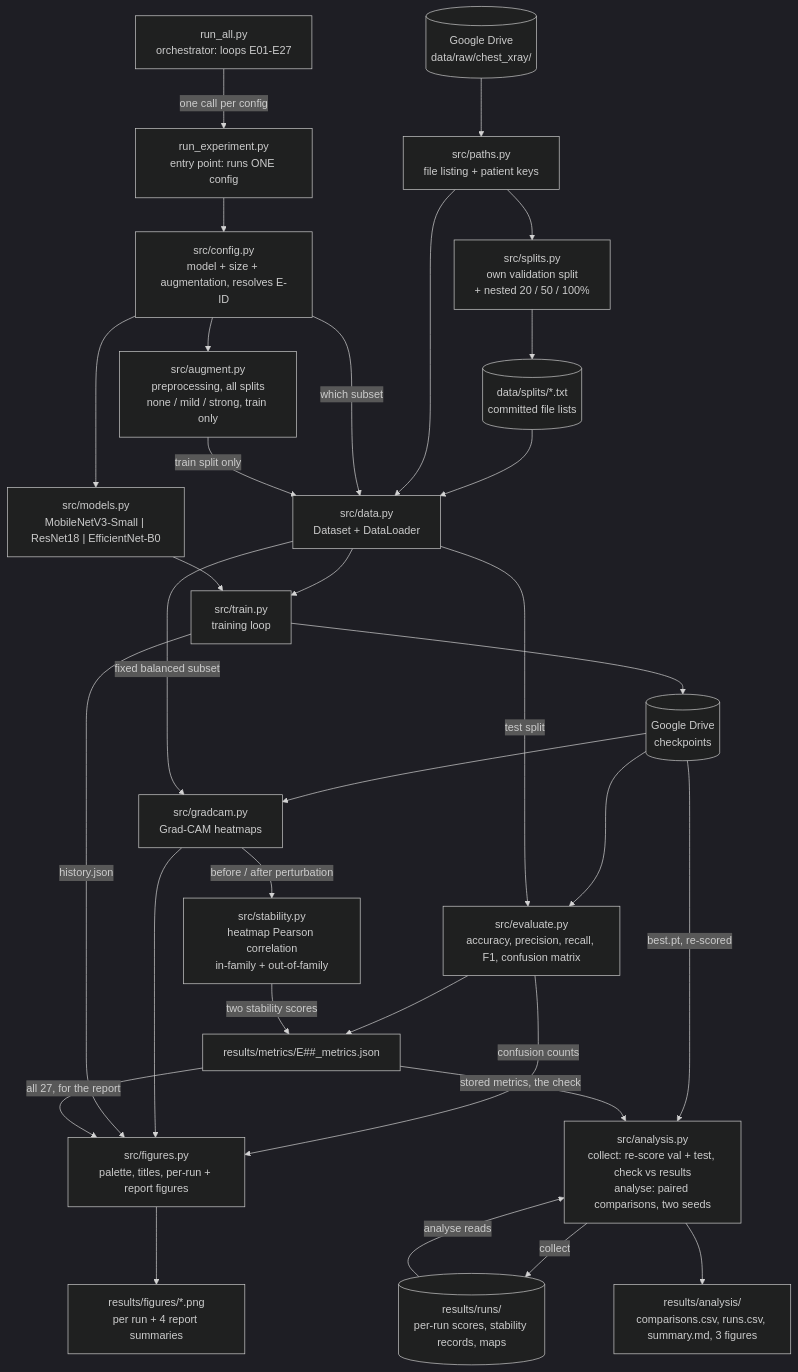
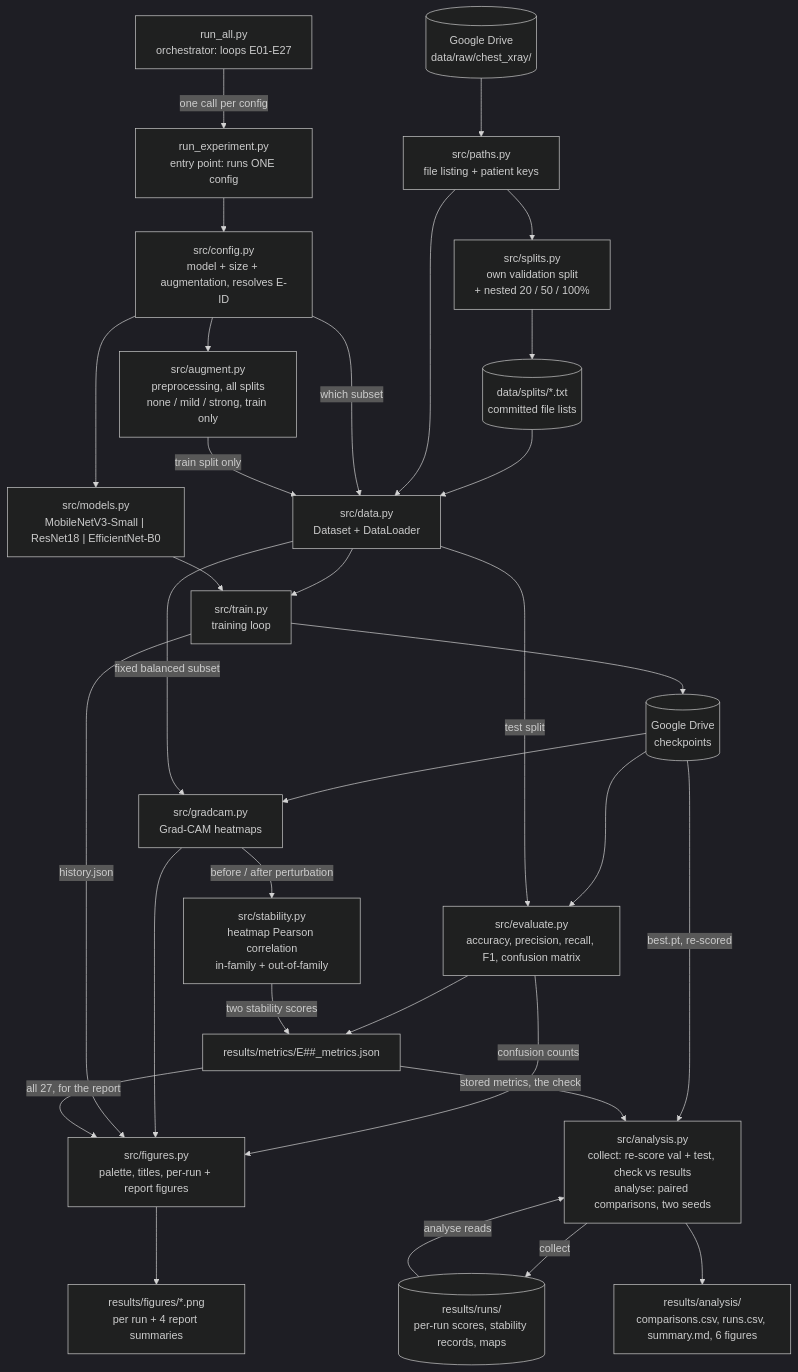
Before and after one commit to orbakish/limited-data-pneumonia-classification: the diagram in docs/architecture.md, drawn with Mermaid (dark theme). The commit also changed other lines of this file and 3 other files, not shown here.

````diff
--- a/docs/architecture.md
+++ b/docs/architecture.md
@@ -14,66 +14,66 @@
 ```mermaid
 flowchart TD
     RA["run_all.py<br/>orchestrator: loops E01-E27"]
     RE["run_experiment.py<br/>entry point: runs ONE config"]
     CFG["src/config.py<br/>model + size + augmentation, resolves E-ID"]
 
     RA -->|"one call per config"| RE
     RE --> CFG
 
     RAW[("Google Drive<br/>data/raw/chest_xray/")]
     PTH["src/paths.py<br/>file listing + patient keys"]
     SPL["src/splits.py<br/>own validation split<br/>+ nested 20 / 50 / 100%"]
     LST[("data/splits/*.txt<br/>committed file lists")]
     DS["src/data.py<br/>Dataset + DataLoader"]
     AUG["src/augment.py<br/>preprocessing, all splits<br/>none / mild / strong, train only"]
 
     RAW --> PTH
     PTH --> SPL
     SPL --> LST
     LST --> DS
     PTH --> DS
     CFG -->|"which subset"| DS
     AUG -->|"train split only"| DS
     CFG --> AUG
 
     MOD["src/models.py<br/>MobileNetV3-Small | ResNet18 | EfficientNet-B0"]
     TR["src/train.py<br/>training loop"]
     CKPT[("Google Drive<br/>checkpoints")]
 
     CFG --> MOD
     DS --> TR
     MOD --> TR
     TR --> CKPT
 
     EV["src/evaluate.py<br/>accuracy, precision, recall, F1, confusion matrix"]
     GC["src/gradcam.py<br/>Grad-CAM heatmaps"]
     ST["src/stability.py<br/>heatmap Pearson correlation<br/>in-family + out-of-family"]
 
     CKPT --> EV
     CKPT --> GC
     DS -->|"test split"| EV
     DS -->|"fixed balanced subset"| GC
     GC -->|"before / after perturbation"| ST
 
     FG["src/figures.py<br/>palette, titles, per-run + report figures"]
     MET["results/metrics/E##_metrics.json"]
     FIG["results/figures/*.png<br/>per run + 4 report summaries"]
 
     EV --> MET
     ST -->|"two stability scores"| MET
     EV -->|"confusion counts"| FG
     GC --> FG
     TR -->|"history.json"| FG
     MET -->|"all 27, for the report"| FG
     FG --> FIG
 
     AN["src/analysis.py<br/>collect: re-score val + test, check vs results<br/>analyse: paired comparisons, two seeds"]
     RUNS[("results/runs/<br/>per-run scores, stability records, maps")]
-    OUT["results/analysis/<br/>comparisons.csv, runs.csv, summary.md, 3 figures"]
+    OUT["results/analysis/<br/>comparisons.csv, runs.csv, summary.md, 6 figures"]
 
     CKPT -->|"best.pt, re-scored"| AN
     MET -->|"stored metrics, the check"| AN
     AN -->|"collect"| RUNS
     RUNS -->|"analyse reads"| AN
     AN --> OUT
 ```
````
